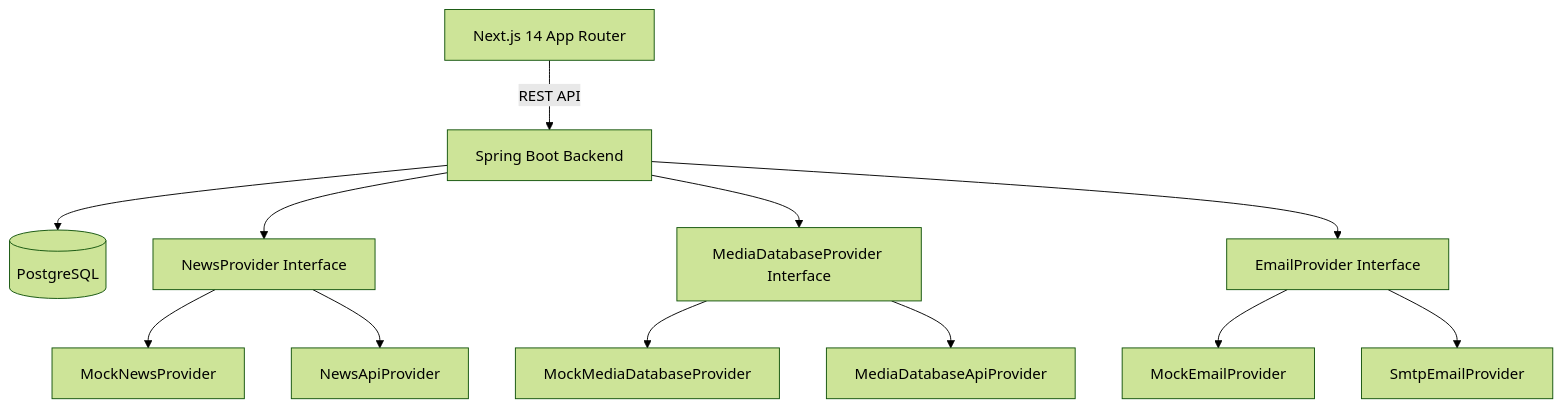
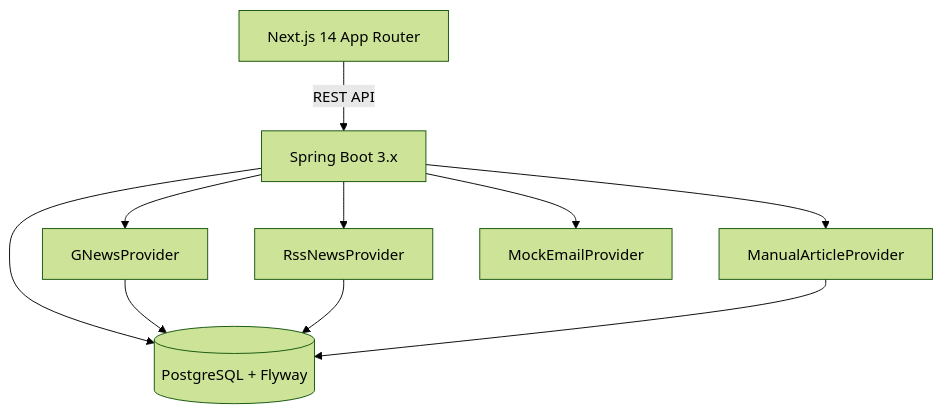
One commit to Gyanendra011Yadav-coder/JournaAI changed the diagram in README.md. Above: the diagram before and after it, drawn with Mermaid (forest theme). The commit also changed other lines of this file and 68 other files, not shown here.

````diff
--- a/README.md
+++ b/README.md
@@ -7,14 +7,12 @@
 ```mermaid
 graph TD
-  A[Next.js 14 App Router] -->|REST API| B[Spring Boot Backend]
-  B --> C[(PostgreSQL)]
-  B --> D[NewsProvider Interface]
-  B --> E[MediaDatabaseProvider Interface]
-  B --> F[EmailProvider Interface]
-  D --> G[MockNewsProvider]
-  D --> H[NewsApiProvider]
-  E --> I[MockMediaDatabaseProvider]
-  E --> J[MediaDatabaseApiProvider]
-  F --> K[MockEmailProvider]
-  F --> L[SmtpEmailProvider]
+  UI[Next.js 14 App Router] -->|REST API| API[Spring Boot 3.x]
+  API --> DB[(PostgreSQL + Flyway)]
+  API --> GNews[GNewsProvider]
+  API --> RSS[RssNewsProvider]
+  API --> Manual[ManualArticleProvider]
+  API --> Email[MockEmailProvider]
+  GNews --> DB
+  RSS --> DB
+  Manual --> DB
 ```
````
